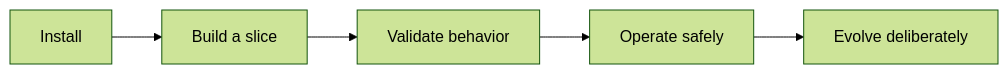
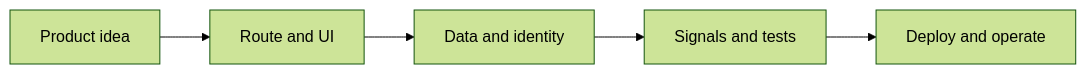
Before and after one commit to jeffersoncampos12p-dev/jeston: the diagram in path/to/docs/index.mdx, drawn with Mermaid (forest theme). The commit also changed other lines of this file and 31 other files, not shown here.

````diff
--- a/path/to/docs/index.mdx
+++ b/path/to/docs/index.mdx
@@ -88,7 +51,7 @@
 ```mermaid placement="top-right"
 flowchart LR
-    install[Install] --> build[Build a slice]
-    build --> validate[Validate behavior]
-    validate --> operate[Operate safely]
-    operate --> evolve[Evolve deliberately]
+    idea[Product idea] --> route[Route and UI]
+    route --> data[Data and identity]
+    data --> signal[Signals and tests]
+    signal --> deploy[Deploy and operate]
 ```
````
